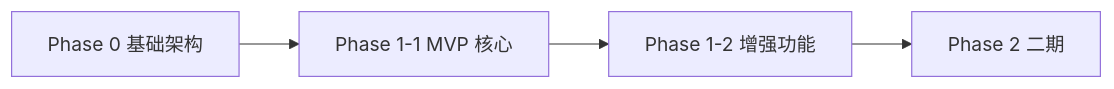
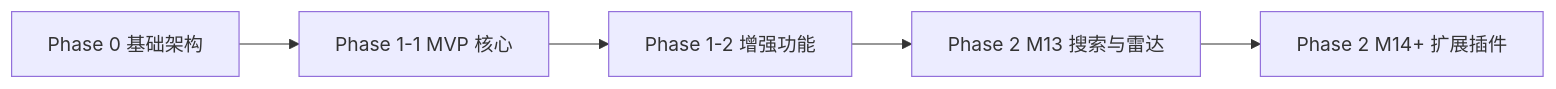
One commit to cpro1868/os_compass changed the second of 2 diagrams in docs/WBS分解.md. Above: the diagram before and after it, drawn with Mermaid. The commit also changed other lines of this file and 3 other files, not shown here.

````diff
--- a/docs/WBS分解.md
+++ b/docs/WBS分解.md
@@ -336,6 +467,7 @@
 ```mermaid
 graph LR
     A[Phase 0 基础架构] --> B[Phase 1-1 MVP 核心]
     B --> C[Phase 1-2 增强功能]
-    C --> D[Phase 2 二期]
+    C --> D[Phase 2 M13 搜索与雷达]
+    D --> E[Phase 2 M14+ 扩展插件]
 ```
````
